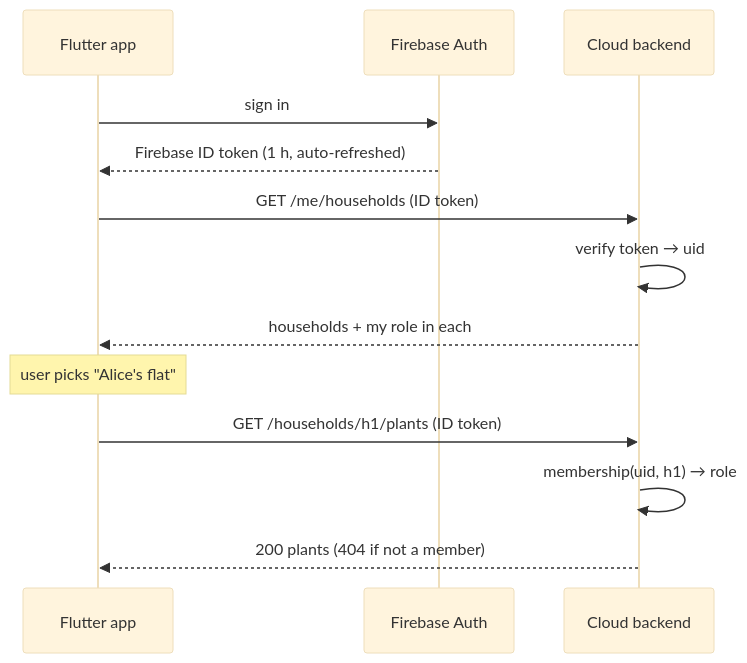
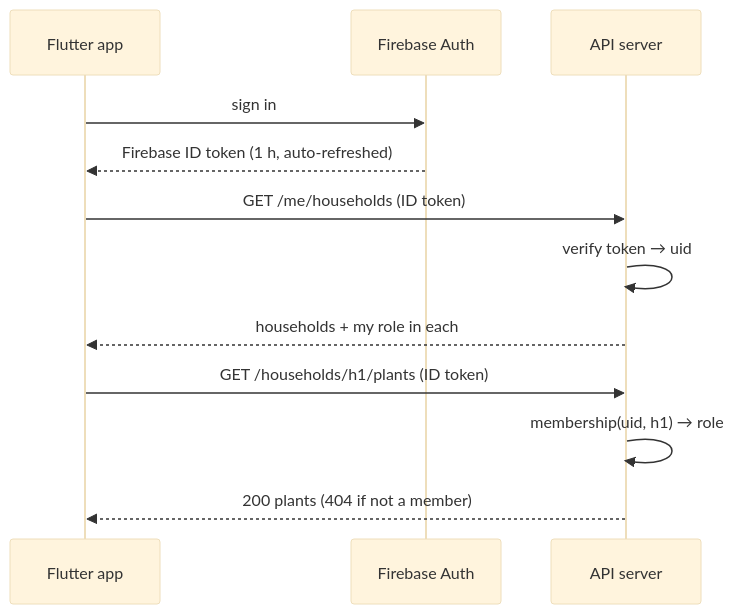
One commit to Hansom17/MoistureController changed the third of 13 diagrams in PROJECT.md. Above: the diagram before and after it, drawn with Mermaid (base theme). The commit also changed other lines of this file and 86 other files, not shown here.

````diff
--- a/PROJECT.md
+++ b/PROJECT.md
@@ -149,16 +149,15 @@
 ```mermaid
 sequenceDiagram
     participant App as Flutter app
     participant FA as Firebase Auth
-    participant API as Cloud backend
+    participant API as API server
 
     App->>FA: sign in
     FA-->>App: Firebase ID token (1 h, auto-refreshed)
     App->>API: GET /me/households (ID token)
     API->>API: verify token → uid
     API-->>App: households + my role in each
-    Note over App: user picks "Alice's flat"
     App->>API: GET /households/h1/plants (ID token)
     API->>API: membership(uid, h1) → role
     API-->>App: 200 plants (404 if not a member)
 ```
````
